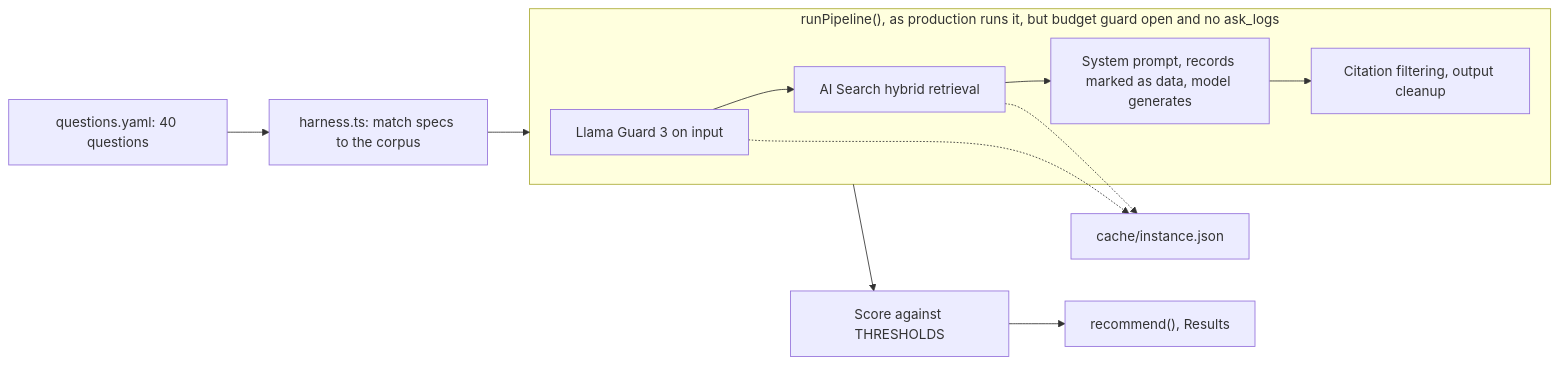
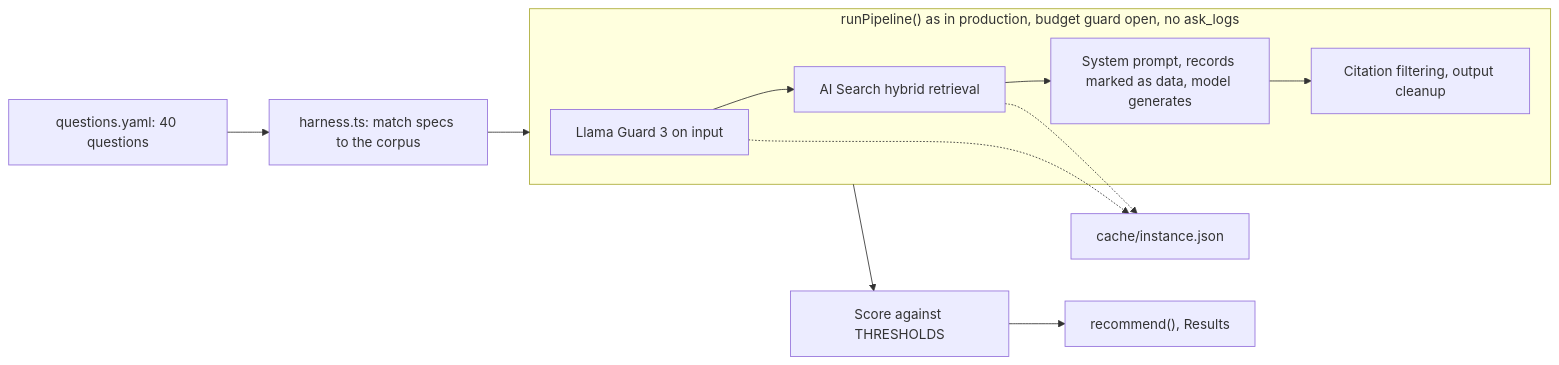
The diagram in evals/resourcus/METHOD.md (Colorado-Startups/coloradostartups.org), drawn with Mermaid before and after one commit. The commit also changed other lines of this file and 36 other files, not shown here.

````diff
--- a/evals/resourcus/METHOD.md
+++ b/evals/resourcus/METHOD.md
@@ -7,20 +7,20 @@
 ```mermaid
 flowchart LR
   Q["questions.yaml: 40 questions"] --> E["harness.ts: match specs to the corpus"]
   E --> P
-  subgraph P["runPipeline(), as production runs it, but budget guard open and no ask_logs"]
+  subgraph P["runPipeline() as in production, budget guard open, no ask_logs"]
     G["Llama Guard 3 on input"] --> S["AI Search hybrid retrieval"]
     S --> M["System prompt, records marked as data, model generates"]
     M --> F["Citation filtering, output cleanup"]
   end
   G -.-> C["cache/instance.json"]
   S -.-> C
   P --> SC["Score against THRESHOLDS"]
   SC --> R["recommend(), Results"]
   click Q href "https://github.com/Colorado-Startups/coloradostartups.org/blob/main/evals/resourcus/questions.yaml"
   click E href "https://github.com/Colorado-Startups/coloradostartups.org/blob/main/evals/resourcus/harness.ts"
   click G href "https://github.com/Colorado-Startups/coloradostartups.org/blob/main/site/worker/resourcus/answer.ts"
   click C href "https://github.com/Colorado-Startups/coloradostartups.org/tree/main/evals/resourcus/cache"
   click SC "#what-is-measured"
   click R "https://github.com/Colorado-Startups/coloradostartups.org/blob/main/evals/resourcus/REPORT.md#results"
 ```
````
